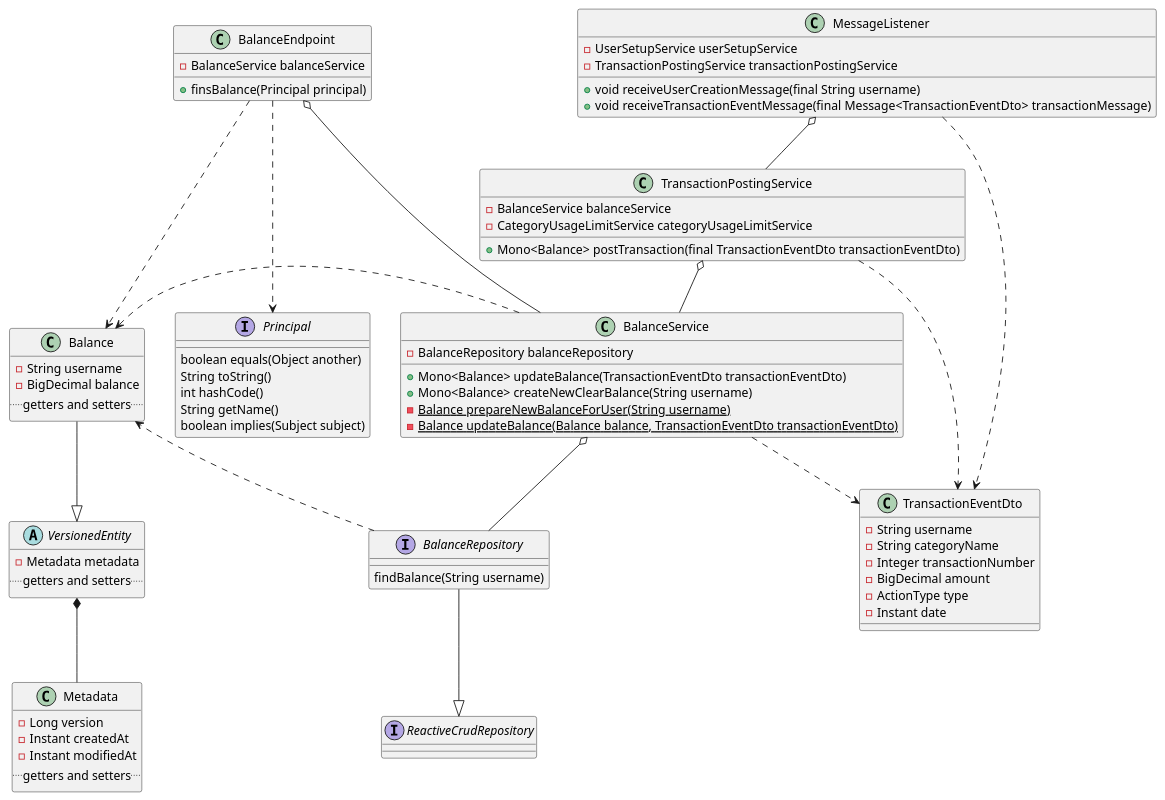
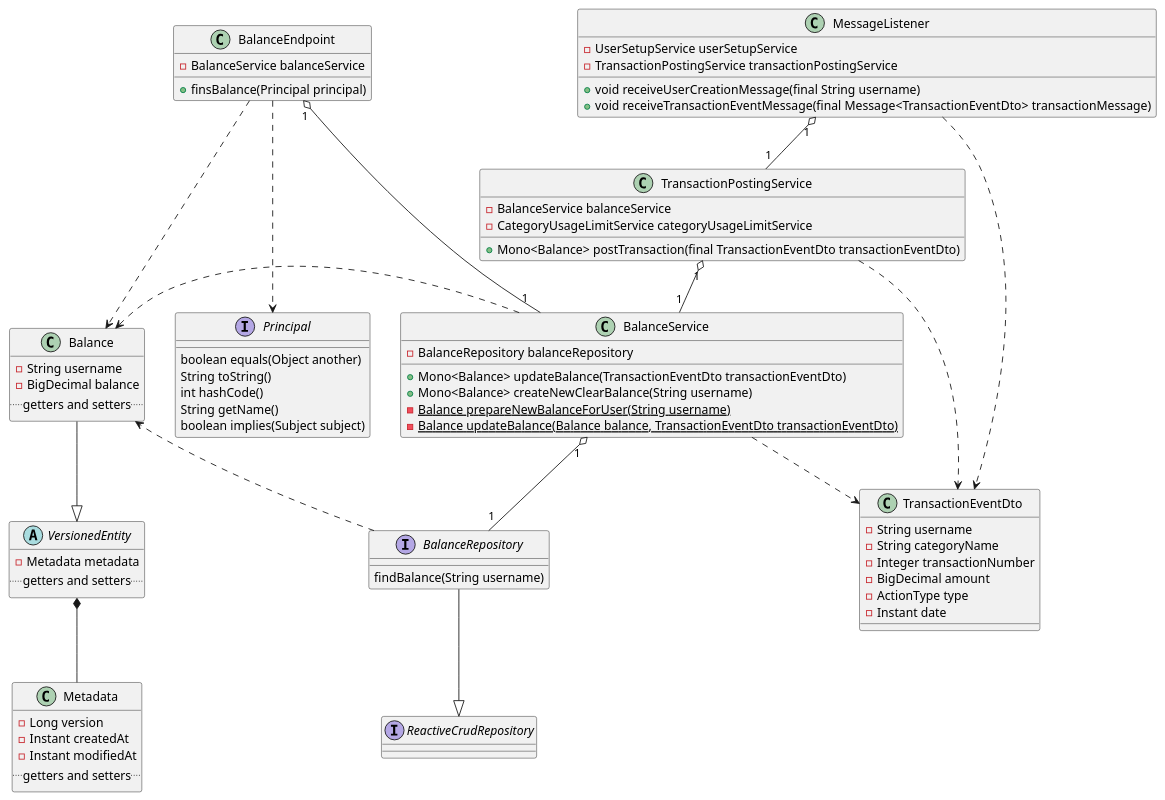
Before and after one commit to lukaszse/simple-bills: the diagram in diagrams/class-diagrams/backend/balance-class-doagra.puml, drawn with PlantUML. The commit also changed 5 other files, not shown here.

Commit message:
correct typo in diagram directory name

```diff
--- a/diagrams/class-diagrams/backend/balance-class-doagra.puml
+++ b/diagrams/class-diagrams/backend/balance-class-doagra.puml
@@ -1,86 +1,86 @@
 @startuml
 'https://plantuml.com/class-diagram
 
 class MessageListener {
     -UserSetupService userSetupService
     -TransactionPostingService transactionPostingService
     +void receiveUserCreationMessage(final String username)
     +void receiveTransactionEventMessage(final Message<TransactionEventDto> transactionMessage)
 }
 
 class TransactionPostingService{
     -BalanceService balanceService
     -CategoryUsageLimitService categoryUsageLimitService
     +Mono<Balance> postTransaction(final TransactionEventDto transactionEventDto)
 }
 
 class BalanceEndpoint {
     -BalanceService balanceService
     +finsBalance(Principal principal)
 }
 
 class Balance {
     -String username
     -BigDecimal balance
     .. getters and setters ..
 }
 
 abstract class VersionedEntity {
     -Metadata metadata
     .. getters and setters ..
 }
 
 class Metadata {
     -Long version
     -Instant createdAt
     -Instant modifiedAt
     .. getters and setters ..
 }
 
 class BalanceService {
     -BalanceRepository balanceRepository
     +Mono<Balance> updateBalance(TransactionEventDto transactionEventDto)
     +Mono<Balance> createNewClearBalance(String username)
     -{static} Balance prepareNewBalanceForUser(String username)
     -{static}Balance updateBalance(Balance balance, TransactionEventDto transactionEventDto)
 }
 
 interface Principal {
     boolean equals(Object another)
     String toString()
     int hashCode()
     String getName()
     boolean implies(Subject subject)
 }
 
 interface BalanceRepository {
     findBalance(String username)
 }
 
 class TransactionEventDto {
         -String username
         -String categoryName
         -Integer transactionNumber
         -BigDecimal amount
         -ActionType type
         -Instant date
 }
 
 interface ReactiveCrudRepository
 
-MessageListener o-- TransactionPostingService
-TransactionPostingService o-- BalanceService
+MessageListener "1" o-- "1"TransactionPostingService
+TransactionPostingService "1" o-- "1" BalanceService
 BalanceEndpoint ...> Principal
-BalanceEndpoint o--- BalanceService
+BalanceEndpoint "1" o--- "1" BalanceService
 BalanceEndpoint ..> Balance
 BalanceService .left.> Balance
 BalanceRepository ..> Balance
-BalanceService o-- BalanceRepository
+BalanceService "1" o-- "1" BalanceRepository
 BalanceRepository --|> ReactiveCrudRepository
 BalanceService ..> TransactionEventDto
 MessageListener ..> TransactionEventDto
 TransactionPostingService ..> TransactionEventDto
 Balance --|> VersionedEntity
 VersionedEntity *-- Metadata
 
 @enduml
```
